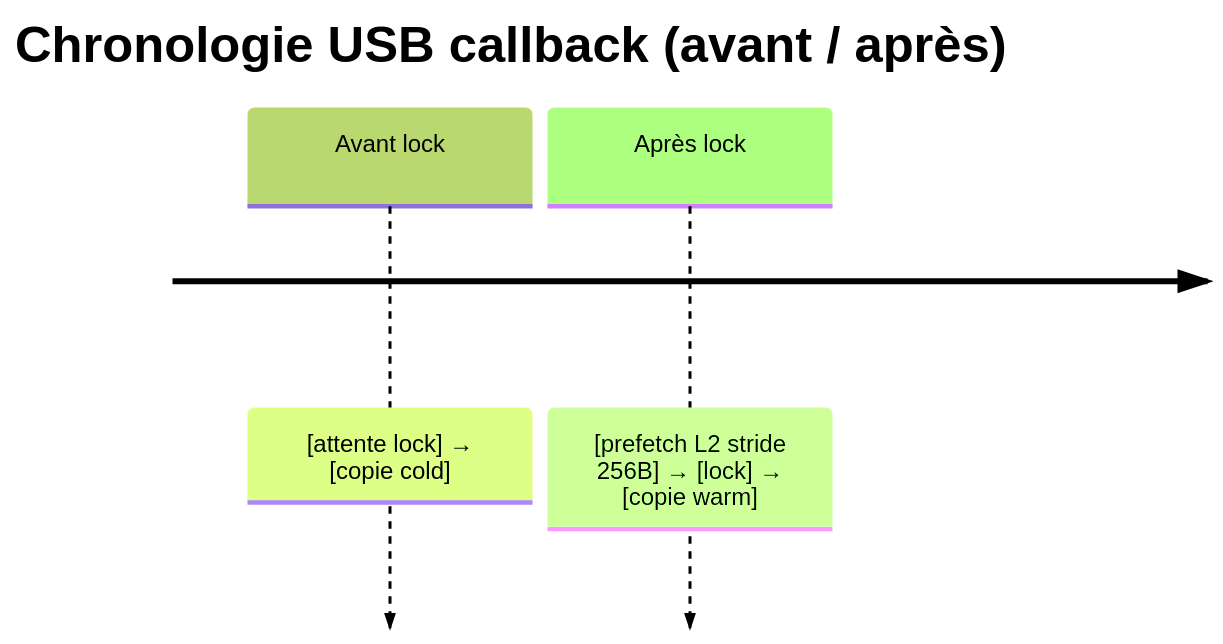
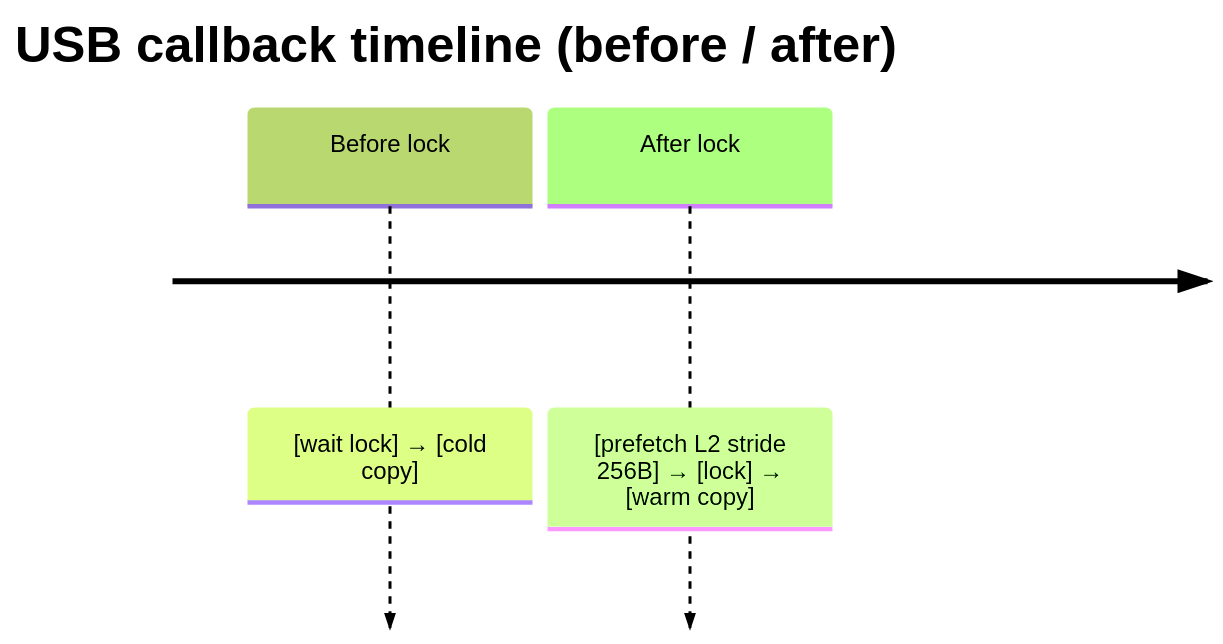
Diagram 12 of 15 in OPTIMIZATION-F4TNK.md (f4tnk/gr-osmosdr), drawn with Mermaid (forest theme) before and after one commit. The commit also changed other lines of this file, not shown here.

````diff
--- a/OPTIMIZATION-F4TNK.md
+++ b/OPTIMIZATION-F4TNK.md
@@ -299,6 +299,6 @@
 ```mermaid
 timeline
-    title Chronologie USB callback (avant / après)
-    Avant lock : [attente lock] → [copie cold]
-    Après lock  : [prefetch L2 stride 256B] → [lock] → [copie warm]
+    title USB callback timeline (before / after)
+    Before lock : [wait lock] → [cold copy]
+    After lock  : [prefetch L2 stride 256B] → [lock] → [warm copy]
 ```
````
